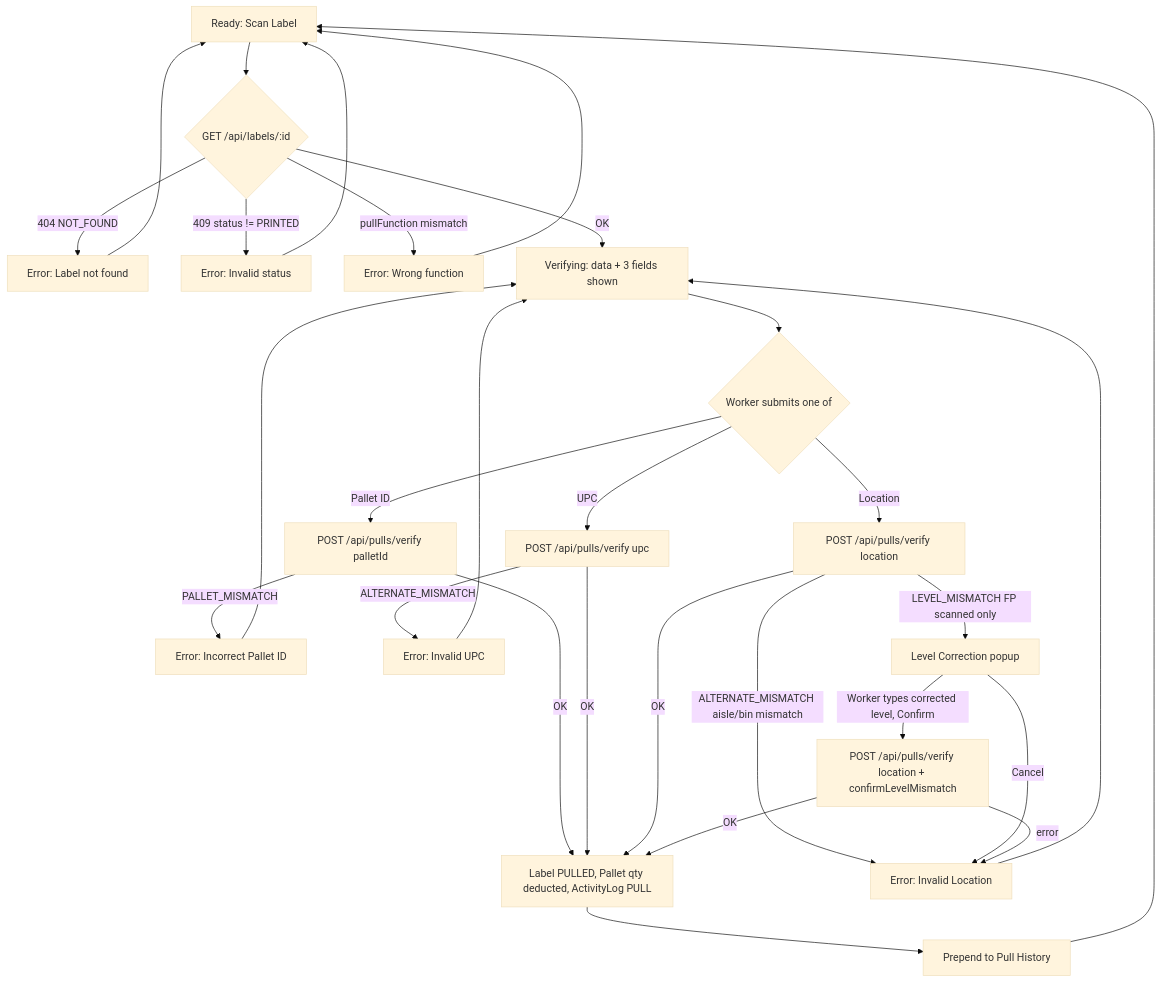
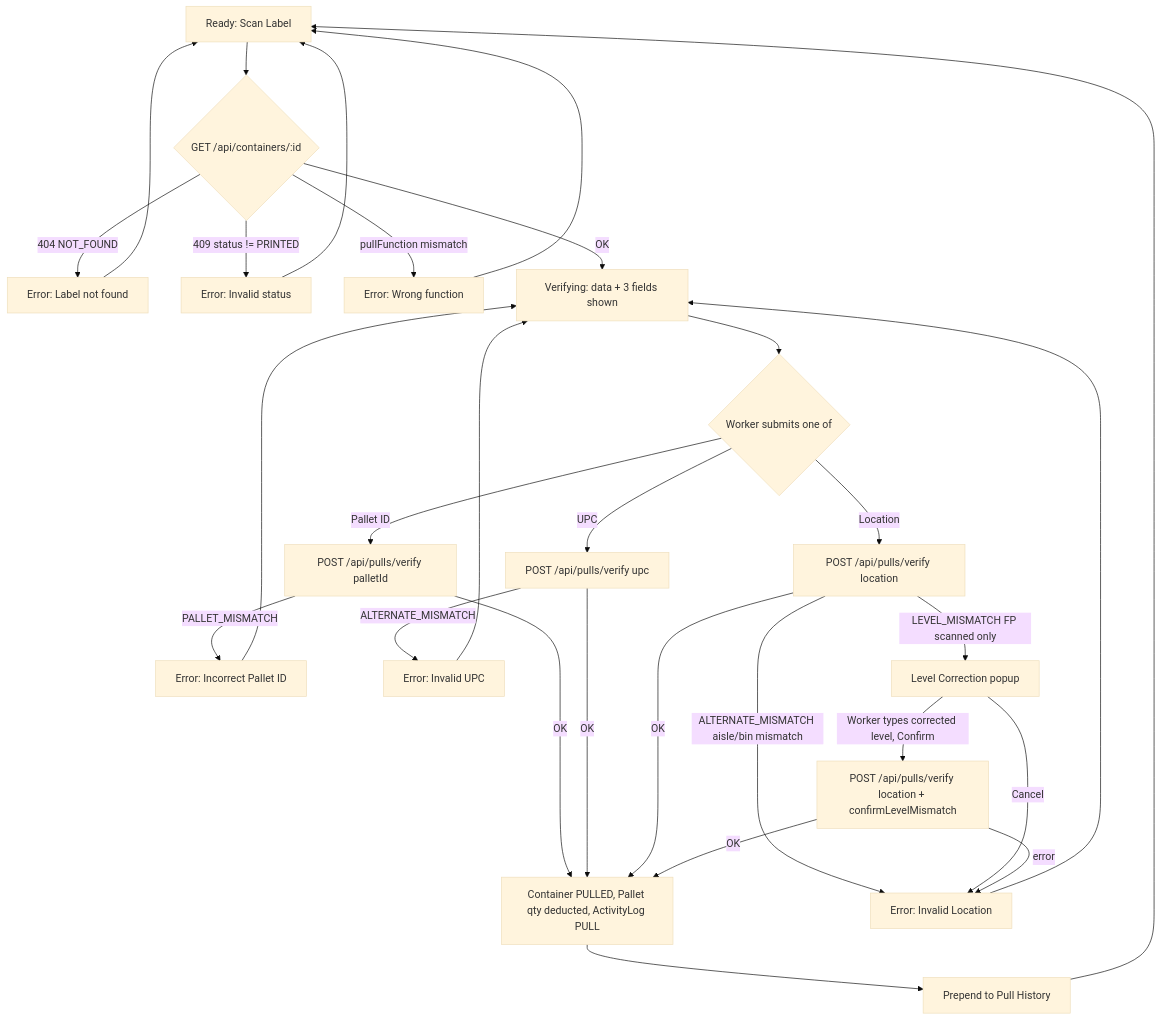
Before and after one commit to BobbyJoeCool/PalletIQ: the diagram in Documentation/ScreenSpecs/PIP.md, drawn with Mermaid (base theme). The commit also changed other lines of this file and 88 other files, not shown here.

First line of the commit message:
Feature 9: Location/Container/Item Demo Scanners; Label→Container rename

````diff
--- a/Documentation/ScreenSpecs/PIP.md
+++ b/Documentation/ScreenSpecs/PIP.md
@@ -109,31 +109,31 @@
 ```mermaid
 flowchart TD
-    A[Ready: Scan Label] --> B{GET /api/labels/:id}
+    A[Ready: Scan Label] --> B{GET /api/containers/:id}
     B -->|404 NOT_FOUND| A1[Error: Label not found] --> A
     B -->|409 status != PRINTED| A2[Error: Invalid status] --> A
     B -->|pullFunction mismatch| A3[Error: Wrong function] --> A
     B -->|OK| C[Verifying: data + 3 fields shown]
 
     C --> D{Worker submits one of}
     D -->|Pallet ID| E[POST /api/pulls/verify palletId]
     D -->|UPC| F[POST /api/pulls/verify upc]
     D -->|Location| G[POST /api/pulls/verify location]
 
     E -->|PALLET_MISMATCH| E1[Error: Incorrect Pallet ID] --> C
     E -->|OK| H[Pull success]
 
     F -->|ALTERNATE_MISMATCH| F1[Error: Invalid UPC] --> C
     F -->|OK| H
 
     G -->|ALTERNATE_MISMATCH aisle/bin mismatch| G1[Error: Invalid Location] --> C
     G -->|LEVEL_MISMATCH FP scanned only| I[Level Correction popup]
     G -->|OK| H
 
     I -->|Worker types corrected level, Confirm| J[POST /api/pulls/verify location + confirmLevelMismatch]
     I -->|Cancel| G1
     J -->|OK| H
     J -->|error| G1
 
-    H[Label PULLED, Pallet qty deducted, ActivityLog PULL] --> K[Prepend to Pull History]
+    H[Container PULLED, Pallet qty deducted, ActivityLog PULL] --> K[Prepend to Pull History]
     K --> A
 ```
````
